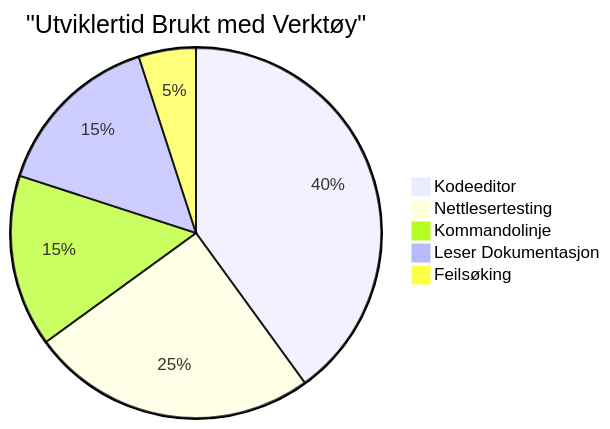
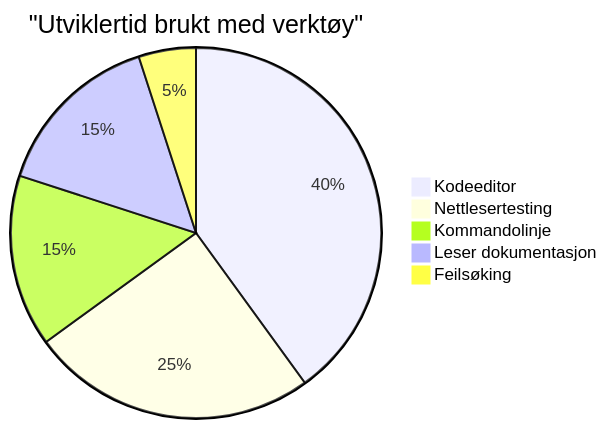
The sixth of 7 diagrams in translations/no/1-getting-started-lessons/1-intro-to-programming-languages/README.md (microsoft/Web-Dev-For-Beginners), drawn with Mermaid before and after one commit. The commit also changed other lines of this file and 11 other files, not shown here.

````diff
--- a/translations/no/1-getting-started-lessons/1-intro-to-programming-languages/README.md
+++ b/translations/no/1-getting-started-lessons/1-intro-to-programming-languages/README.md
@@ -713,8 +713,8 @@
 ```mermaid
-pie title "Utviklertid Brukt med Verktøy"
+pie title "Utviklertid brukt med verktøy"
     "Kodeeditor" : 40
     "Nettlesertesting" : 25
     "Kommandolinje" : 15
-    "Leser Dokumentasjon" : 15
+    "Leser dokumentasjon" : 15
     "Feilsøking" : 5
 ```
````
